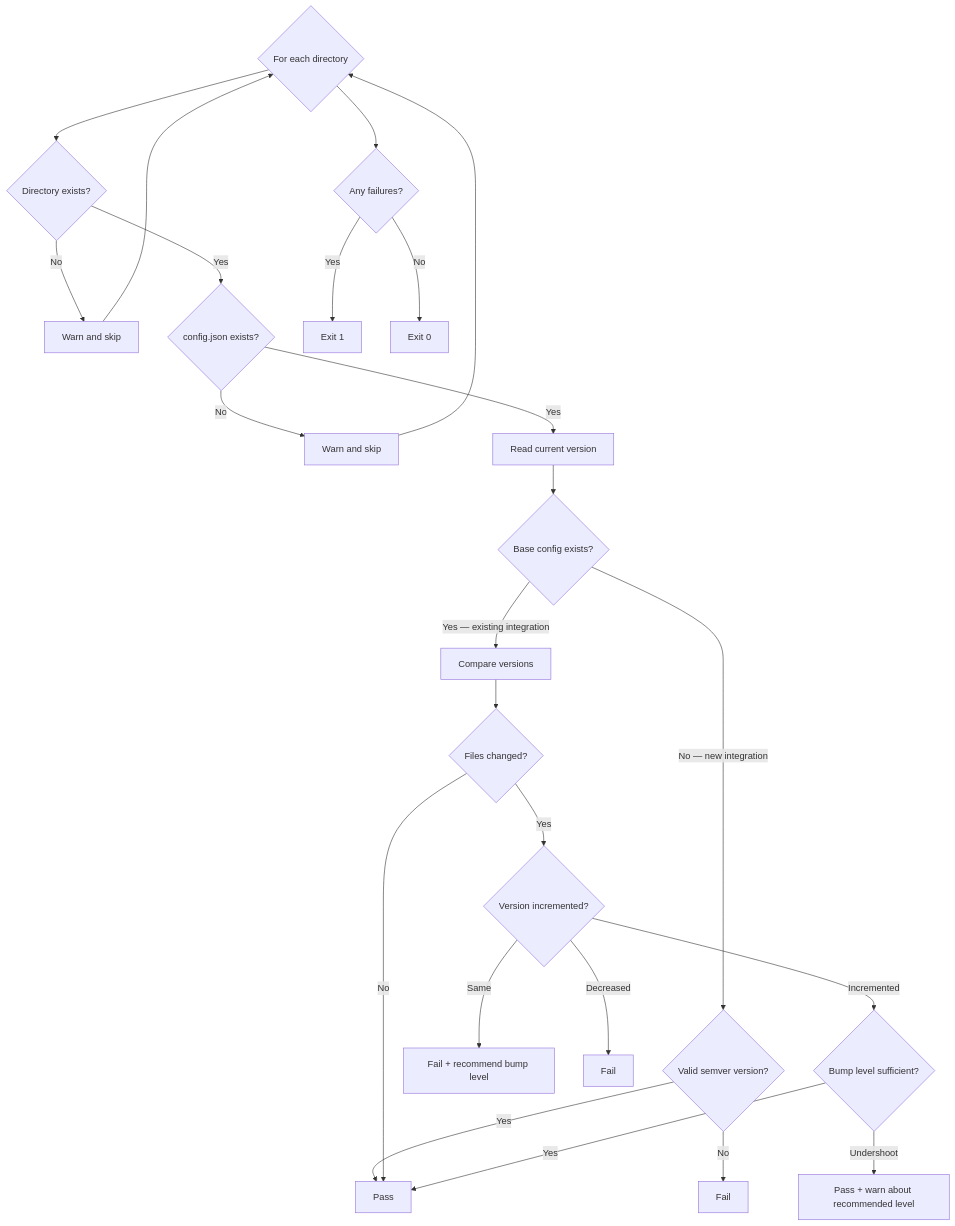
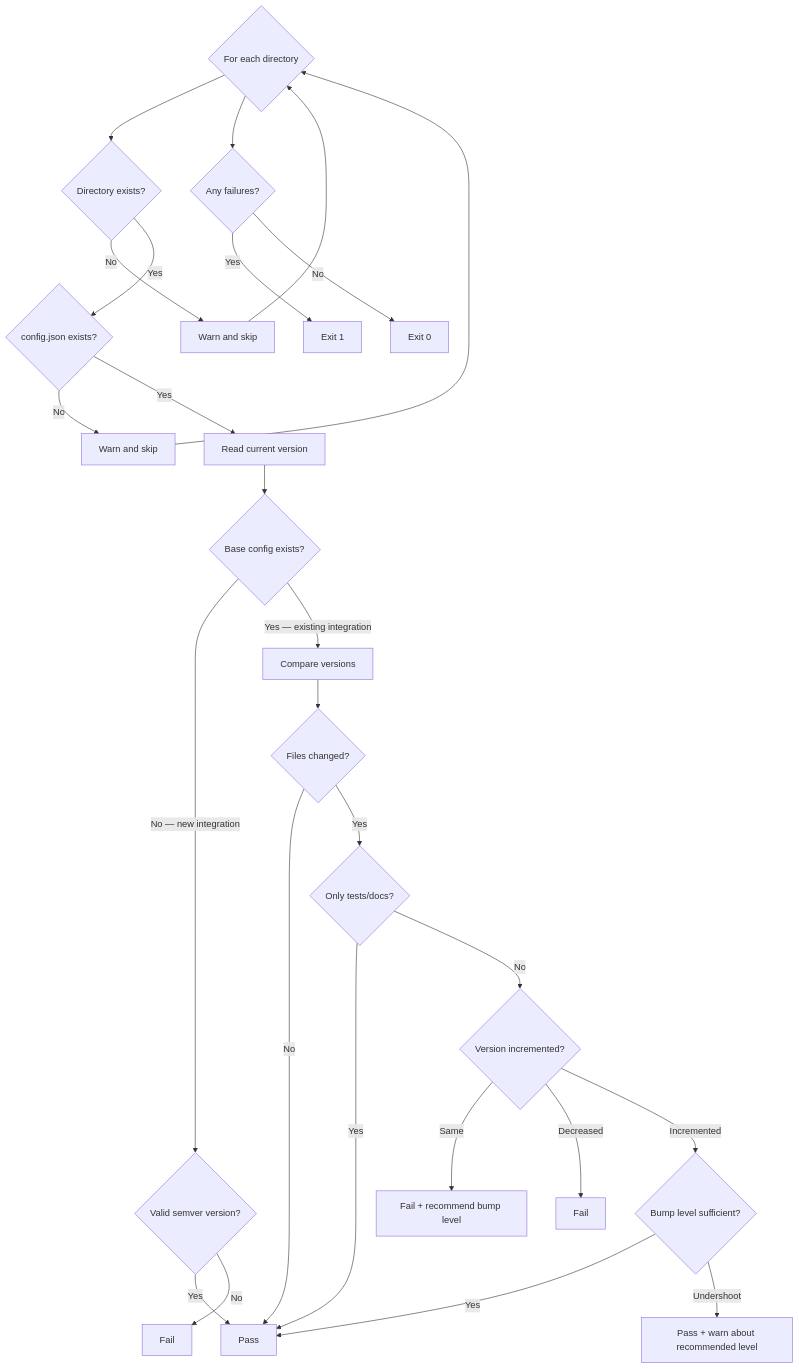
One commit to Autohive-AI/autohive-integrations-tooling changed the diagram in scripts/docs/check_version_bump.md. Above: the diagram before and after it, drawn with Mermaid. The commit also changed other lines of this file and 1 other file, not shown here.

Commit message:
fix: skip version bump requirement for test/doc-only changes (#28)

````diff
--- a/scripts/docs/check_version_bump.md
+++ b/scripts/docs/check_version_bump.md
@@ -49,26 +49,28 @@
 ```mermaid
 flowchart TD
     A{For each directory} --> B{Directory exists?}
     B -->|No| W1[Warn and skip]
     W1 --> A
     B -->|Yes| C{config.json exists?}
     C -->|No| W2[Warn and skip]
     W2 --> A
     C -->|Yes| D[Read current version]
     D --> E{Base config exists?}
     E -->|No — new integration| F{Valid semver version?}
     F -->|Yes| G[Pass]
     F -->|No| H[Fail]
     E -->|Yes — existing integration| I[Compare versions]
     I --> J{Files changed?}
     J -->|No| G
-    J -->|Yes| K{Version incremented?}
+    J -->|Yes| TD{Only tests/docs?}
+    TD -->|Yes| G
+    TD -->|No| K{Version incremented?}
     K -->|Same| L[Fail + recommend bump level]
     K -->|Decreased| M[Fail]
     K -->|Incremented| N{Bump level sufficient?}
     N -->|Yes| G
     N -->|Undershoot| O[Pass + warn about recommended level]
     A --> P{Any failures?}
     P -->|Yes| Q[Exit 1]
     P -->|No| R[Exit 0]
 ```
````
